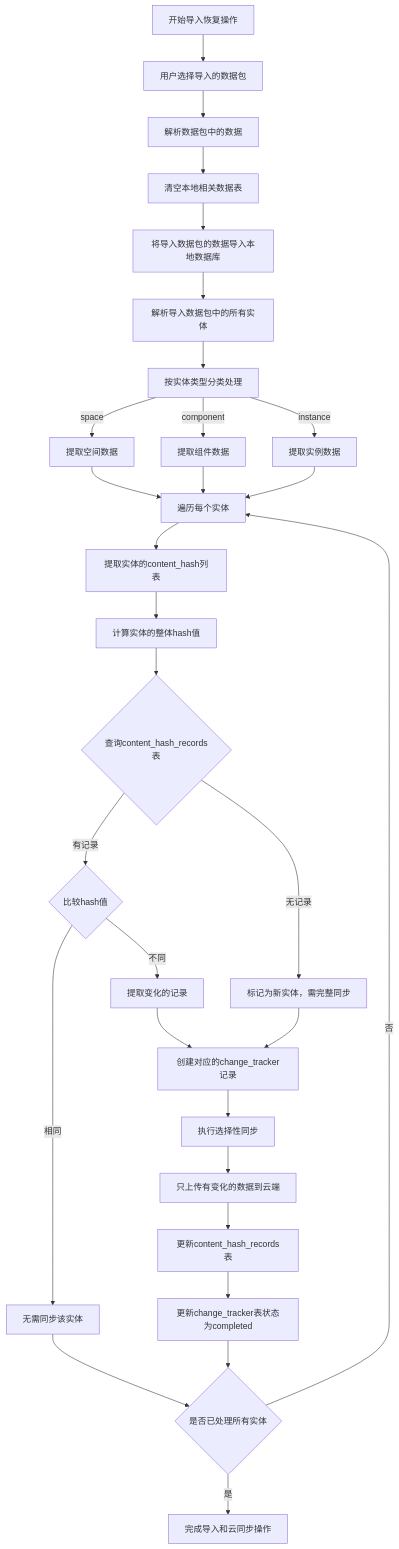
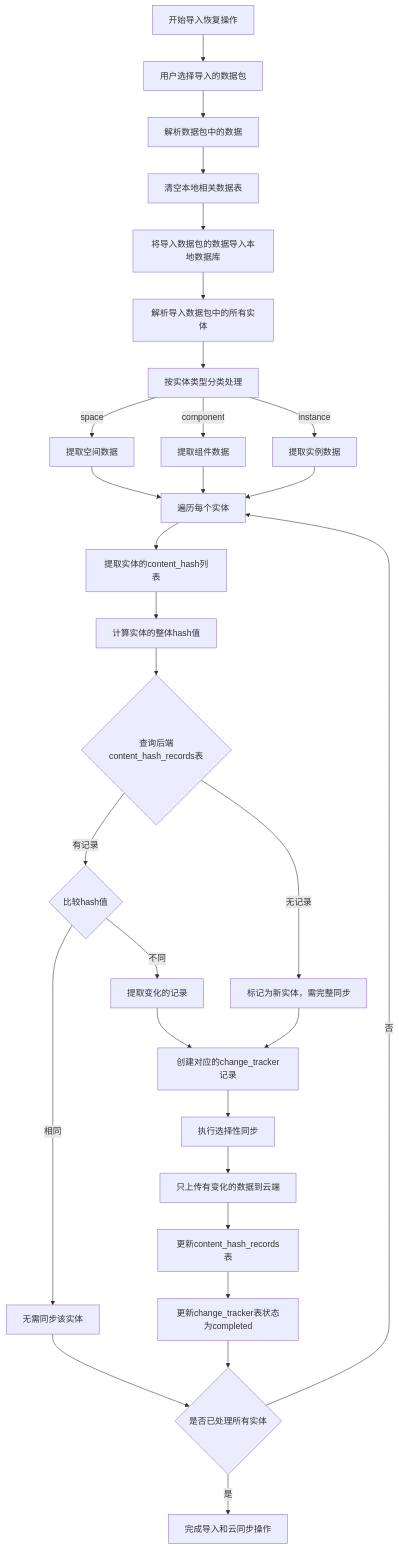
One commit to yingjianzh/iodraw-files changed the diagram in all/未命名-44.md. Above: the diagram before and after it, drawn with Mermaid.

Commit message:
2025-04-27 11:35:46 update

````diff
--- a/all/未命名-44.md
+++ b/all/未命名-44.md
@@ -1,44 +1,44 @@
 ```mermaid
 flowchart TD
     A[开始导入恢复操作] --> B[用户选择导入的数据包]
     B --> C[解析数据包中的数据]
     
     C --> D[清空本地相关数据表]
     D --> E[将导入数据包的数据导入本地数据库]
     
     E --> F[解析导入数据包中的所有实体]
     F --> G[按实体类型分类处理]
     
     G -->|space| H1[提取空间数据]
     G -->|component| H2[提取组件数据]
     G -->|instance| H3[提取实例数据]
     
     H1 --> I[遍历每个实体]
     H2 --> I
     H3 --> I
     
     I --> J[提取实体的content_hash列表]
     J --> K[计算实体的整体hash值]
     
-    K --> L{查询content_hash_records表}
+    K --> L{查询后端content_hash_records表}
     L -->|无记录| M1[标记为新实体，需完整同步]
     L -->|有记录| M2{比较hash值}
     
     M2 -->|相同| M3[无需同步该实体]
     M2 -->|不同| M4[提取变化的记录]
     
     M4 --> N1[创建对应的change_tracker记录]
     M1 --> N1
     
     N1 --> O[执行选择性同步]
     O --> P[只上传有变化的数据到云端]
     
     P --> Q[更新content_hash_records表]
     Q --> R[更新change_tracker表状态为completed]
     
     M3 --> S{是否已处理所有实体}
     R --> S
     
     S -->|否| I
     S -->|是| T[完成导入和云同步操作]
 ```
````
